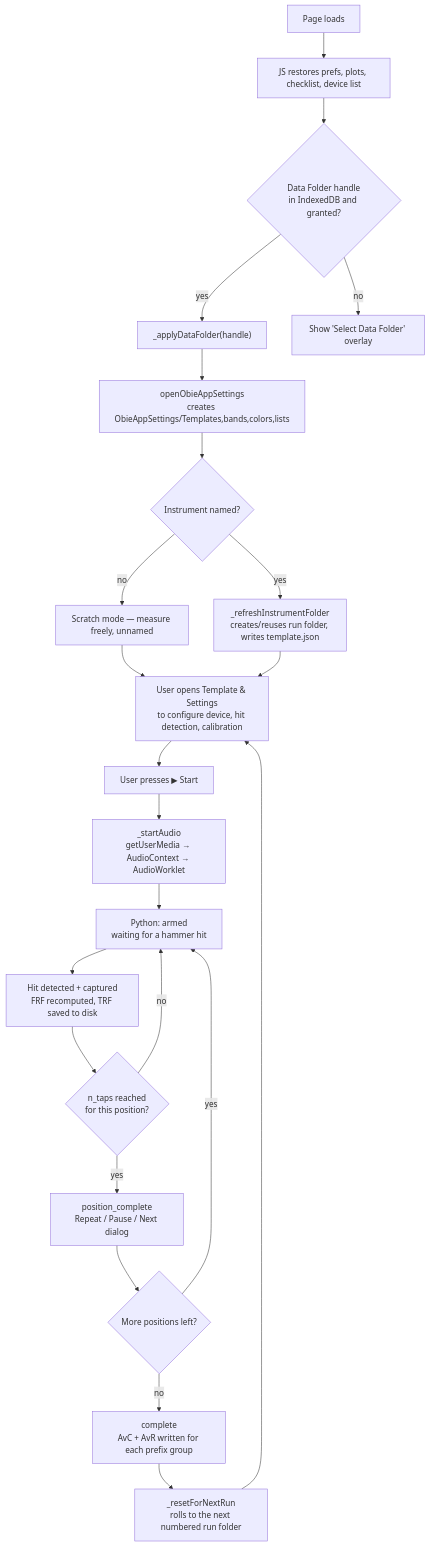
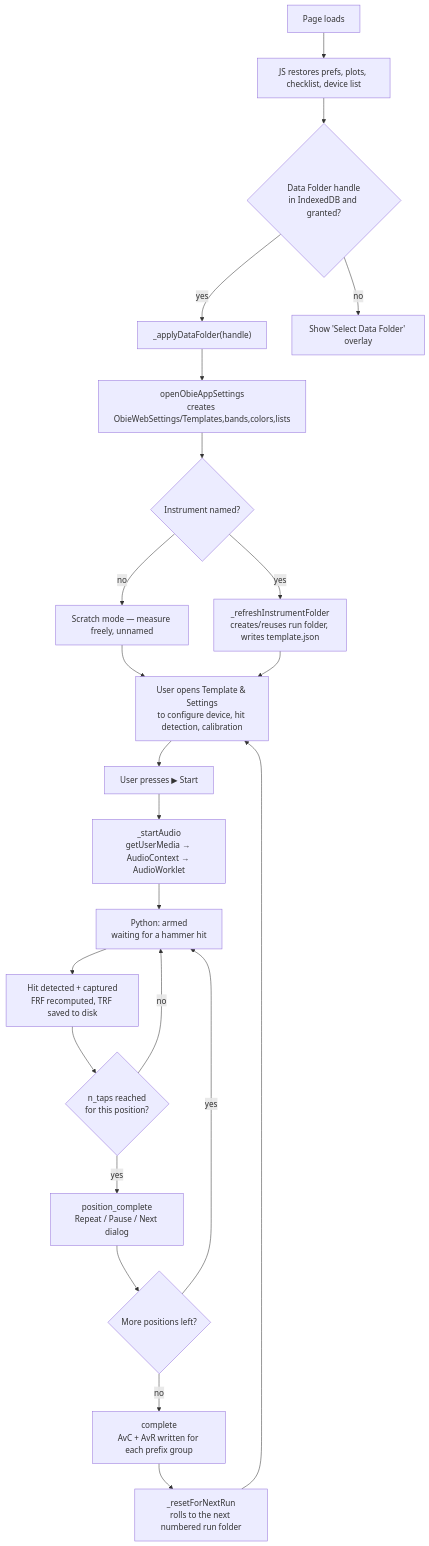
Before and after one commit to chrisbuerginrogers/ObieApp: the first of 6 diagrams in Web/tools/acquire/FLOWCHART.md, drawn with Mermaid. The commit also changed 28 other files, not shown here.

First line of the commit message:
Rename settings folder ObieAppSettings to ObieWebSettings

````diff
--- a/Web/tools/acquire/FLOWCHART.md
+++ b/Web/tools/acquire/FLOWCHART.md
@@ -18,25 +18,25 @@
 ```mermaid
 flowchart TD
     A["Page loads"] --> B["JS restores prefs, plots, checklist, device list"]
     B --> C{"Data Folder handle\nin IndexedDB and granted?"}
     C -- yes --> D["_applyDataFolder(handle)"]
     C -- no --> E["Show 'Select Data Folder' overlay"]
-    D --> F["openObieAppSettings\ncreates ObieAppSettings/Templates,bands,colors,lists"]
+    D --> F["openObieAppSettings\ncreates ObieWebSettings/Templates,bands,colors,lists"]
     F --> G{"Instrument named?"}
     G -- no --> H["Scratch mode — measure freely, unnamed"]
     G -- yes --> I["_refreshInstrumentFolder\ncreates/reuses run folder, writes template.json"]
     H --> J["User opens Template & Settings\nto configure device, hit detection, calibration"]
     I --> J
     J --> K["User presses ▶ Start"]
     K --> L["_startAudio\ngetUserMedia → AudioContext → AudioWorklet"]
     L --> M["Python: armed\nwaiting for a hammer hit"]
     M --> N["Hit detected + captured\nFRF recomputed, TRF saved to disk"]
     N --> O{"n_taps reached\nfor this position?"}
     O -- no --> M
     O -- yes --> P["position_complete\nRepeat / Pause / Next dialog"]
     P --> Q{"More positions left?"}
     Q -- yes --> M
     Q -- no --> R["complete\nAvC + AvR written for each prefix group"]
     R --> S["_resetForNextRun\nrolls to the next numbered run folder"]
     S --> J
 ```
````
